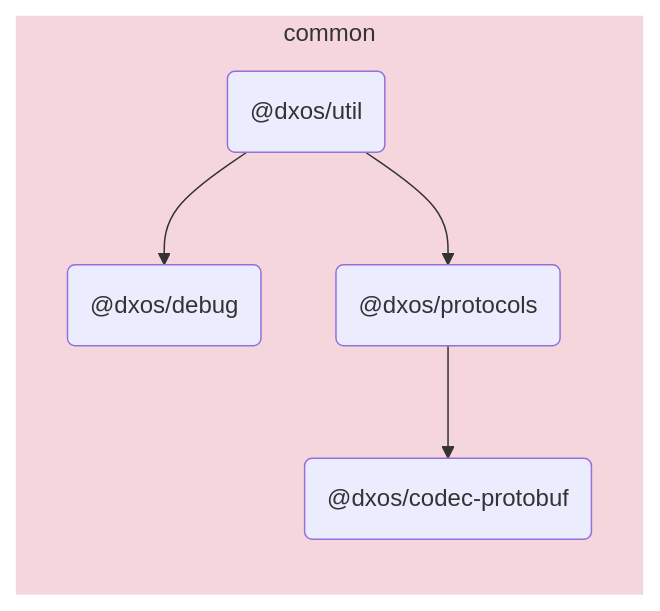
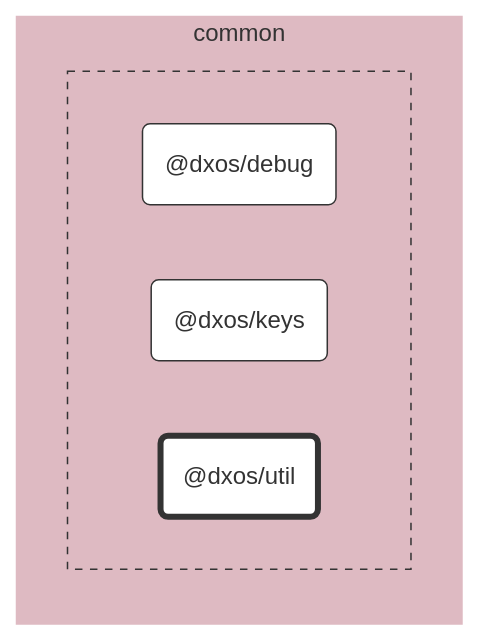
The diagram in packages/common/util/docs/README.md (dxos/dxos), drawn with Mermaid before and after one commit. The commit also changed other lines of this file and 89 other files, not shown here.

````diff
--- a/packages/common/util/docs/README.md
+++ b/packages/common/util/docs/README.md
@@ -5,15 +7,36 @@
 ```mermaid
-flowchart LR;
+%%{ init: {'flowchart':{'curve':'basis'}} }%%
 
+flowchart LR
+
+%% Links
+
+%% Sections
 subgraph common
-  style common fill:#f5d6dd,stroke:#fff;
-  dxos/util("@dxos/util");
-  dxos/debug("@dxos/debug");
-  dxos/protocols("@dxos/protocols");
-  dxos/codec-protobuf("@dxos/codec-protobuf");
+  style common fill:#debac2,stroke:#fff;
+
+
+  subgraph common-excluded [ ]
+    style common-excluded fill:#debac2,stroke:#333,stroke-dasharray:5 5;
+
+    dxos/debug("@dxos/debug")
+    dxos/keys("@dxos/keys")
+    dxos/util("@dxos/util")
+  end
 end
 
-dxos/util --> dxos/debug;
-dxos/util --> dxos/protocols;
-dxos/protocols --> dxos/codec-protobuf;
+
+%% Hyperlinks
+click dxos/debug "dxos/dxos/tree/main/packages/common/debug/docs";
+click dxos/keys "dxos/dxos/tree/main/packages/common/keys/docs";
+
+%% Styles
+classDef rootNode fill:#fff,stroke:#333,stroke-width:4px
+classDef defaultNode fill:#fff,stroke:#333,stroke-width:1px
+linkStyle default stroke:#333,stroke-width:1px
+
+dxos/util:::rootNode
+
+dxos/debug:::defaultNode
+dxos/keys:::defaultNode
 ```
````
